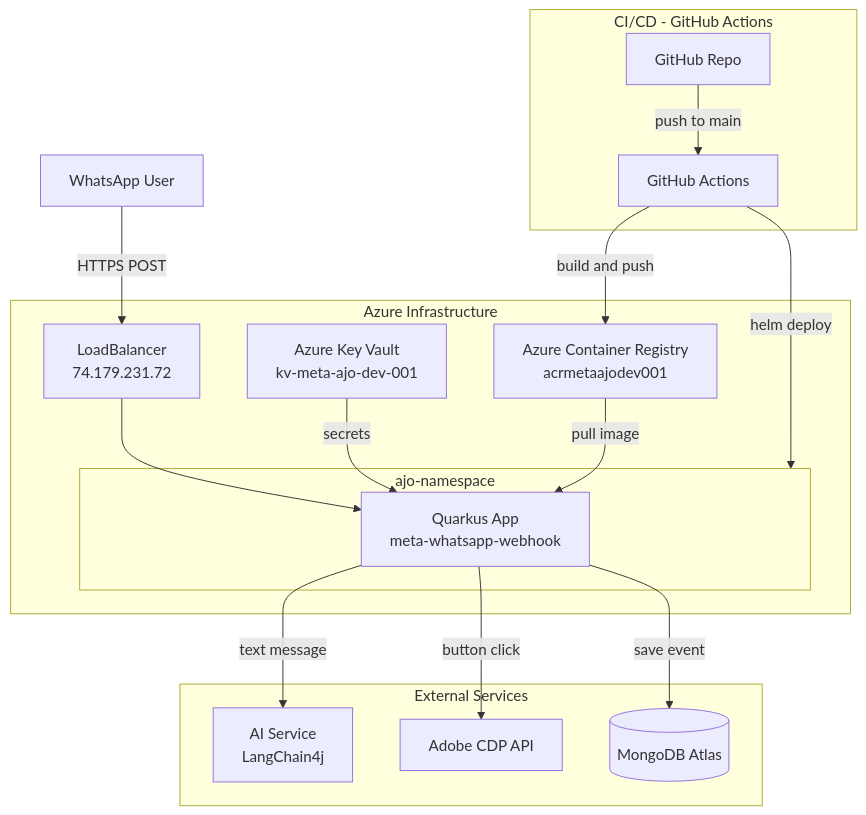
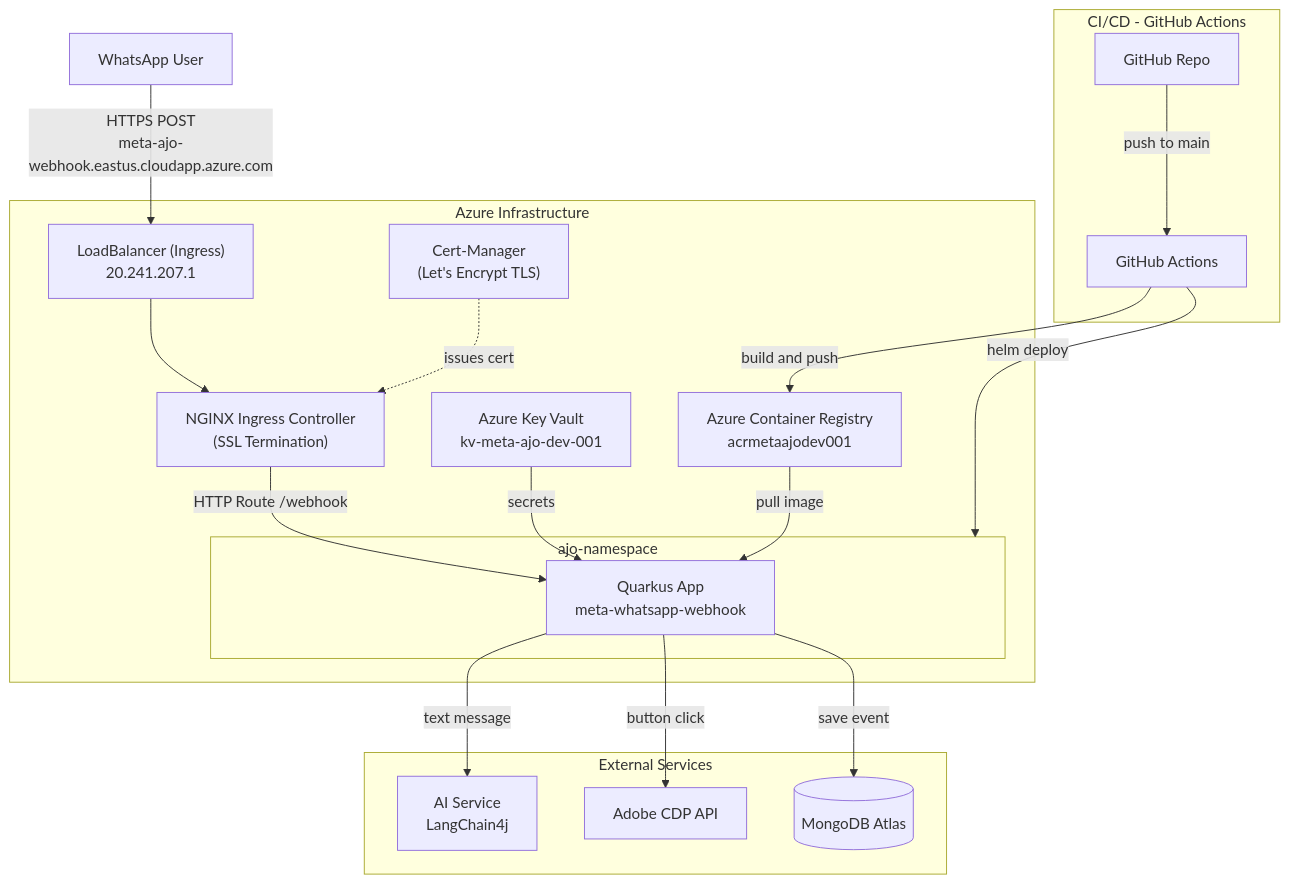
The diagram in README.md (joffrehermosilla/quarkusIAMETA), drawn with Mermaid before and after one commit. The commit also changed other lines of this file and 1 other file, not shown here.

Commit message:
feat: switch service to cluster-ip and document ingress setup

````diff
--- a/README.md
+++ b/README.md
@@ -28,32 +28,36 @@
 ```mermaid
 graph TD
-  WA[WhatsApp User] -->|HTTPS POST| LB
+  WA[WhatsApp User] -->|HTTPS POST\nmeta-ajo-webhook.eastus.cloudapp.azure.com| LB
 
   subgraph AzureInfra[Azure Infrastructure]
-    LB["LoadBalancer\n74.179.231.72"]
-    LB --> Quarkus
+    LB["LoadBalancer (Ingress)\n20.241.207.1"]
+    LB --> IngressController["NGINX Ingress Controller\n(SSL Termination)"]
+    IngressController -->|HTTP Route /webhook| Quarkus
+    
     subgraph AjoNS[ajo-namespace]
       Quarkus["Quarkus App\nmeta-whatsapp-webhook"]
     end
+    
+    Cert["Cert-Manager\n(Let's Encrypt TLS)"] -.->|issues cert| IngressController
     ACR["Azure Container Registry\nacrmetaajodev001"]
     KV["Azure Key Vault\nkv-meta-ajo-dev-001"]
   end
 
   subgraph ExternalSvc[External Services]
     AI["AI Service\nLangChain4j"]
     CDP["Adobe CDP API"]
     Mongo[("MongoDB Atlas")]
   end
 
   subgraph CICD[CI/CD - GitHub Actions]
     Repo["GitHub Repo"] -->|push to main| GA["GitHub Actions"]
     GA -->|build and push| ACR
     GA -->|helm deploy| AjoNS
   end
 
   Quarkus -->|save event| Mongo
   Quarkus -->|text message| AI
   Quarkus -->|button click| CDP
   KV -->|secrets| Quarkus
   ACR -->|pull image| Quarkus
 ```
````
